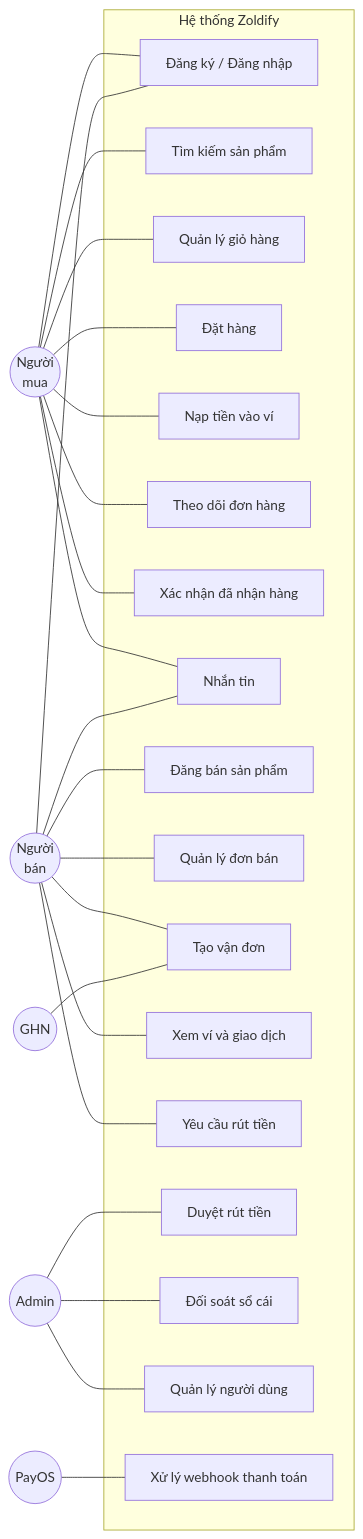
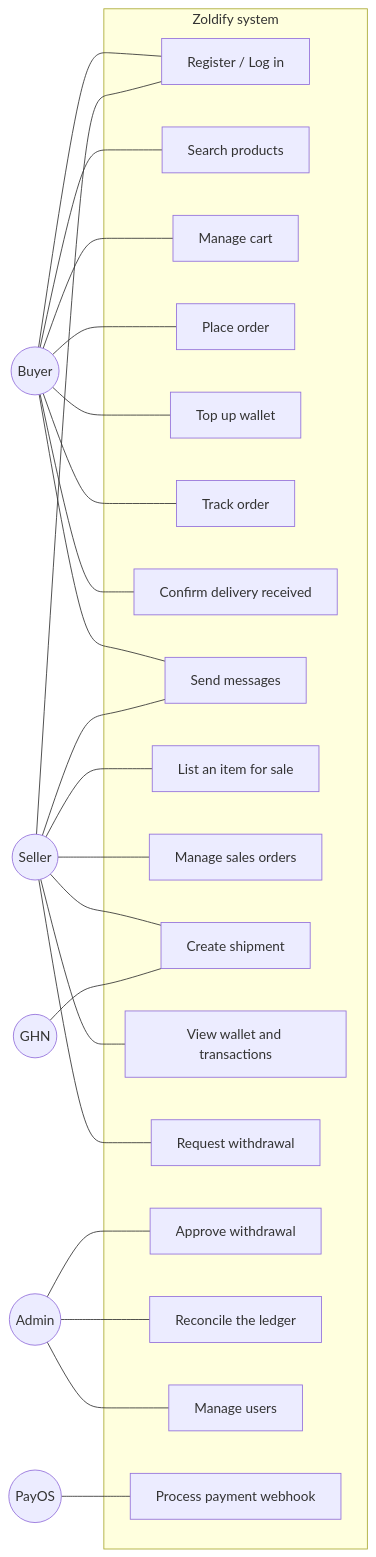
Diagram 16 of 18 in docs/system-design/2026-08-06-zoldify-diagrams.md (tdat-dev/Zoldify_Backend), drawn with Mermaid before and after one commit. The commit also changed other lines of this file, not shown here.

First line of the commit message:
Docs: Dịch nhãn 18 sơ đồ cũ sang tiếng Anh

````diff
--- a/docs/system-design/2026-08-06-zoldify-diagrams.md
+++ b/docs/system-design/2026-08-06-zoldify-diagrams.md
@@ -688,52 +702,52 @@
 ```mermaid
 flowchart LR
-    buyer(("Người<br/>mua"))
-    seller(("Người<br/>bán"))
+    buyer(("Buyer"))
+    seller(("Seller"))
     admin(("Admin"))
     payos(("PayOS"))
     ghn(("GHN"))
 
-    subgraph sys["Hệ thống Zoldify"]
-        uc1["Đăng ký / Đăng nhập"]
-        uc2["Tìm kiếm sản phẩm"]
-        uc3["Quản lý giỏ hàng"]
-        uc4["Đặt hàng"]
-        uc5["Nạp tiền vào ví"]
-        uc6["Theo dõi đơn hàng"]
-        uc7["Xác nhận đã nhận hàng"]
-        uc8["Nhắn tin"]
-        uc9["Đăng bán sản phẩm"]
-        uc10["Quản lý đơn bán"]
-        uc11["Tạo vận đơn"]
-        uc12["Xem ví và giao dịch"]
-        uc13["Yêu cầu rút tiền"]
-        uc14["Duyệt rút tiền"]
-        uc15["Đối soát sổ cái"]
-        uc16["Quản lý người dùng"]
-        uc17["Xử lý webhook thanh toán"]
+    subgraph sys["Zoldify system"]
+        uc1["Register / Log in"]
+        uc2["Search products"]
+        uc3["Manage cart"]
+        uc4["Place order"]
+        uc5["Top up wallet"]
+        uc6["Track order"]
+        uc7["Confirm delivery received"]
+        uc8["Send messages"]
+        uc9["List an item for sale"]
+        uc10["Manage sales orders"]
+        uc11["Create shipment"]
+        uc12["View wallet and transactions"]
+        uc13["Request withdrawal"]
+        uc14["Approve withdrawal"]
+        uc15["Reconcile the ledger"]
+        uc16["Manage users"]
+        uc17["Process payment webhook"]
     end
 
     buyer --- uc1
     buyer --- uc2
     buyer --- uc3
     buyer --- uc4
     buyer --- uc5
     buyer --- uc6
     buyer --- uc7
     buyer --- uc8
 
     seller --- uc1
     seller --- uc8
     seller --- uc9
     seller --- uc10
     seller --- uc11
     seller --- uc12
     seller --- uc13
 
     admin --- uc14
     admin --- uc15
     admin --- uc16
 
     payos --- uc17
     ghn --- uc11
 ```
````
